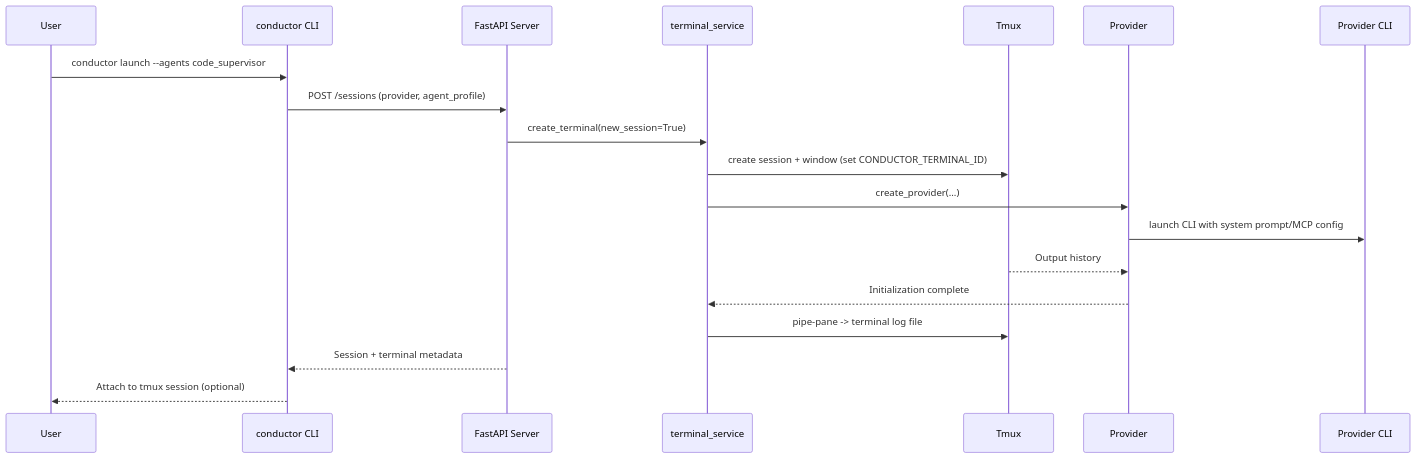
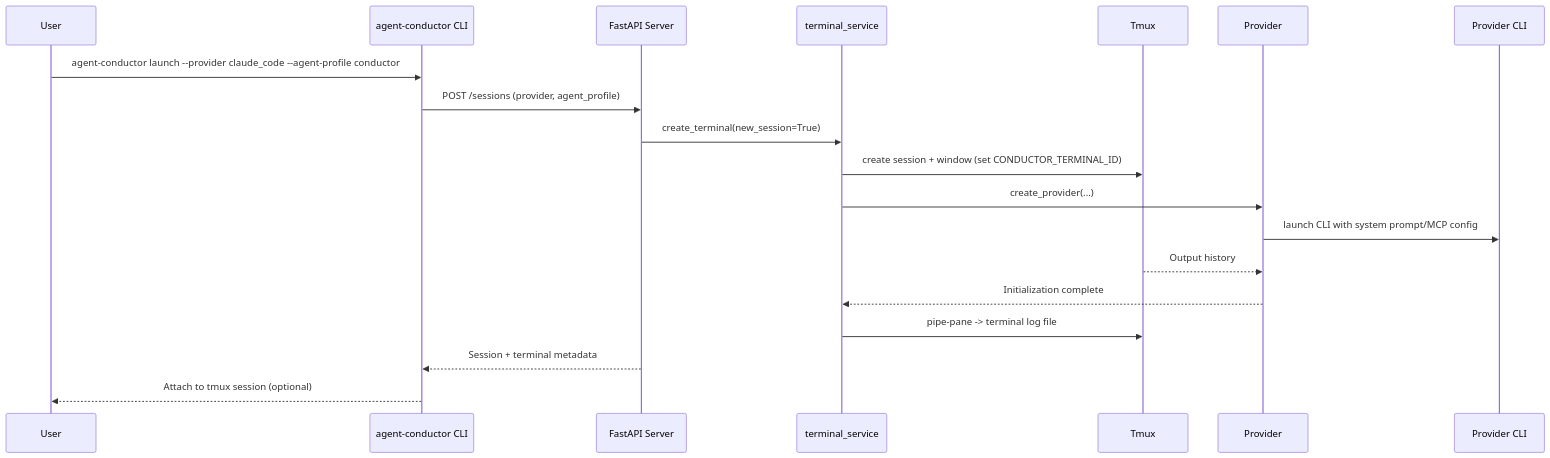
One commit to gaurav-yadav/agent-conductor changed the fourth of 7 diagrams in docs/architecture-overview.md. Above: the diagram before and after it, drawn with Mermaid. The commit also changed other lines of this file and 15 other files, not shown here.

````diff
--- a/docs/architecture-overview.md
+++ b/docs/architecture-overview.md
@@ -246,22 +249,22 @@
 ```mermaid
 sequenceDiagram
     participant User
-    participant CLI as conductor CLI
+    participant CLI as agent-conductor CLI
     participant API as FastAPI Server
     participant Svc as terminal_service
     participant Tmux
     participant Provider
     participant CLIProc as Provider CLI
 
-    User->>CLI: conductor launch --agents code_supervisor
+    User->>CLI: agent-conductor launch --provider claude_code --agent-profile conductor
     CLI->>API: POST /sessions (provider, agent_profile)
     API->>Svc: create_terminal(new_session=True)
     Svc->>Tmux: create session + window (set CONDUCTOR_TERMINAL_ID)
     Svc->>Provider: create_provider(...)
     Provider->>CLIProc: launch CLI with system prompt/MCP config
     Tmux-->>Provider: Output history
     Provider-->>Svc: Initialization complete
     Svc->>Tmux: pipe-pane -> terminal log file
     API-->>CLI: Session + terminal metadata
     CLI-->>User: Attach to tmux session (optional)
 ```
````
